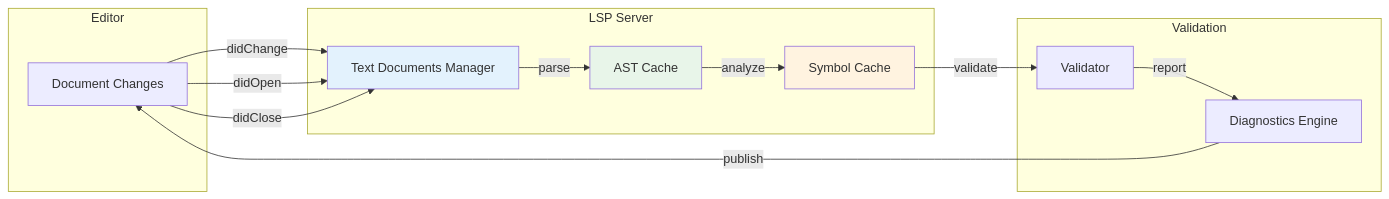
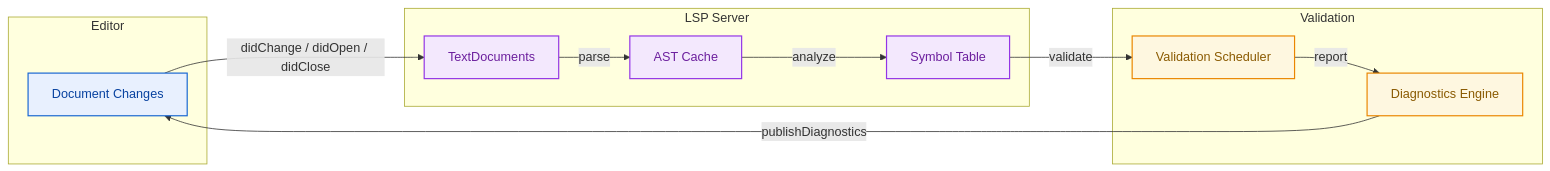
The fourth of 4 diagrams in packages/@birdcc/lsp/README.md (bird-chinese-community/BIRD-LSP), drawn with Mermaid before and after one commit. The commit also changed other lines of this file and 5 other files, not shown here.

Commit message:
docs(mermaid): Unify diagram palette and split by layer

````diff
--- a/packages/@birdcc/lsp/README.md
+++ b/packages/@birdcc/lsp/README.md
@@ -266,30 +307,32 @@
 ```mermaid
 flowchart LR
-    subgraph "Editor"
+    classDef ui fill:#e8f0fe,stroke:#1967d2,stroke-width:1.5px,color:#0842a0
+    classDef adapter fill:#f3e8fd,stroke:#9334e6,stroke-width:1.5px,color:#6c1f9e
+    classDef service fill:#fef7e0,stroke:#ea8600,stroke-width:1.5px,color:#8a5a00
+
+    subgraph editor [Editor]
         E[Document Changes]
     end
 
-    subgraph "LSP Server"
-        S[Text Documents Manager]
+    subgraph server [LSP Server]
+        S[TextDocuments]
         AST[AST Cache]
-        SYM[Symbol Cache]
+        SYM[Symbol Table]
     end
 
-    subgraph "Validation"
-        V[Validator]
+    subgraph validation [Validation]
+        V[Validation Scheduler]
         D[Diagnostics Engine]
     end
 
-    E -->|didChange| S
-    E -->|didOpen| S
-    E -->|didClose| S
+    E -->|didChange / didOpen / didClose| S
     S -->|parse| AST
     AST -->|analyze| SYM
     SYM -->|validate| V
     V -->|report| D
-    D -->|publish| E
+    D -->|publishDiagnostics| E
 
-    style S fill:#e3f2fd
-    style AST fill:#e8f5e9
-    style SYM fill:#fff3e0
+    class E ui
+    class S,AST,SYM adapter
+    class V,D service
 ```
````
